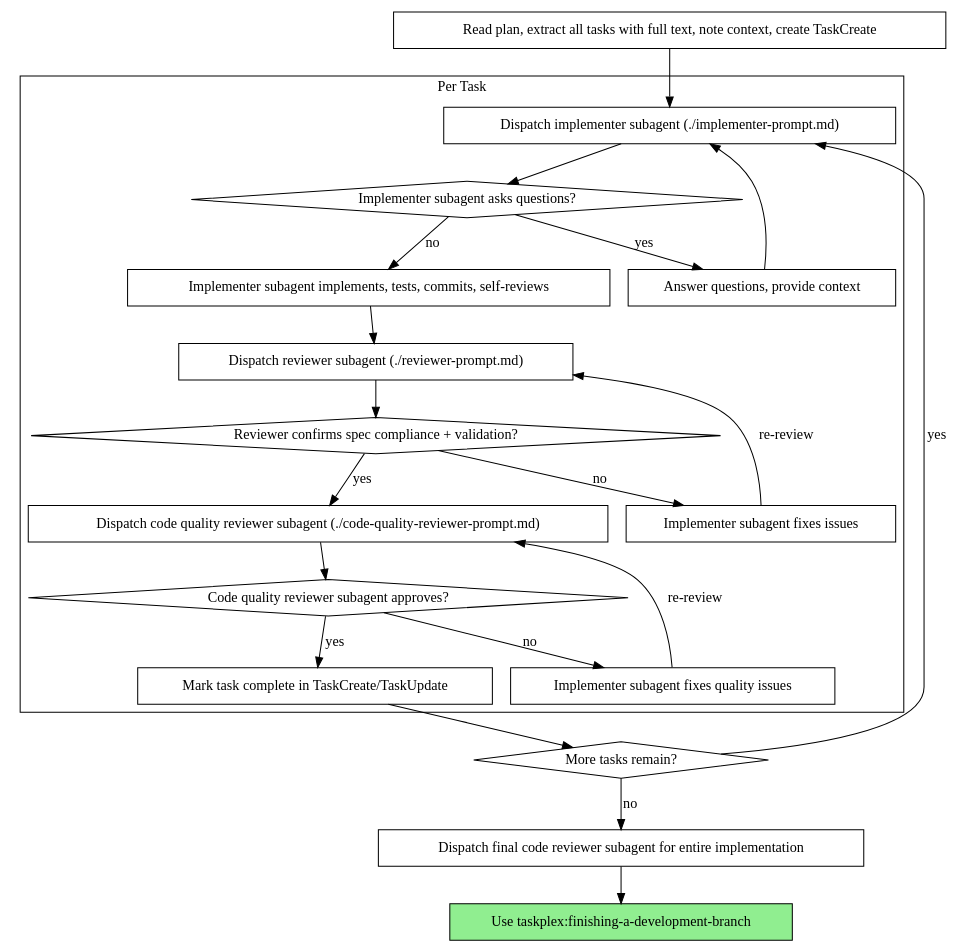
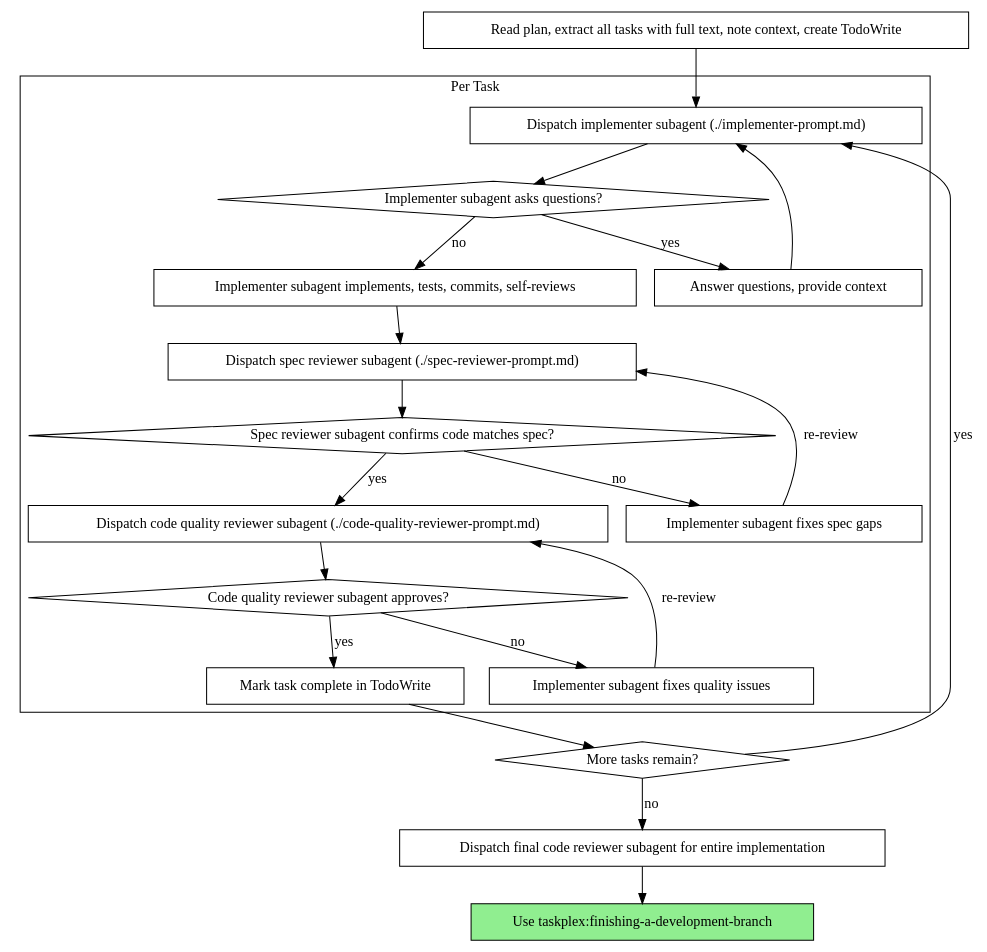
One commit to flight505/taskplex changed the second of 2 diagrams in skills/subagent-driven-development/SKILL.md. Above: the diagram before and after it, drawn with Graphviz. The commit also changed other lines of this file and 50 other files, not shown here.

````diff
--- a/skills/subagent-driven-development/SKILL.md
+++ b/skills/subagent-driven-development/SKILL.md
@@ -40,44 +40,44 @@
 ```dot
 digraph process {
     rankdir=TB;
 
     subgraph cluster_per_task {
         label="Per Task";
         "Dispatch implementer subagent (./implementer-prompt.md)" [shape=box];
         "Implementer subagent asks questions?" [shape=diamond];
         "Answer questions, provide context" [shape=box];
         "Implementer subagent implements, tests, commits, self-reviews" [shape=box];
-        "Dispatch reviewer subagent (./reviewer-prompt.md)" [shape=box];
-        "Reviewer confirms spec compliance + validation?" [shape=diamond];
-        "Implementer subagent fixes issues" [shape=box];
+        "Dispatch spec reviewer subagent (./spec-reviewer-prompt.md)" [shape=box];
+        "Spec reviewer subagent confirms code matches spec?" [shape=diamond];
+        "Implementer subagent fixes spec gaps" [shape=box];
         "Dispatch code quality reviewer subagent (./code-quality-reviewer-prompt.md)" [shape=box];
         "Code quality reviewer subagent approves?" [shape=diamond];
         "Implementer subagent fixes quality issues" [shape=box];
-        "Mark task complete in TaskCreate/TaskUpdate" [shape=box];
+        "Mark task complete in TodoWrite" [shape=box];
     }
 
-    "Read plan, extract all tasks with full text, note context, create TaskCreate" [shape=box];
+    "Read plan, extract all tasks with full text, note context, create TodoWrite" [shape=box];
     "More tasks remain?" [shape=diamond];
     "Dispatch final code reviewer subagent for entire implementation" [shape=box];
     "Use taskplex:finishing-a-development-branch" [shape=box style=filled fillcolor=lightgreen];
 
-    "Read plan, extract all tasks with full text, note context, create TaskCreate" -> "Dispatch implementer subagent (./implementer-prompt.md)";
+    "Read plan, extract all tasks with full text, note context, create TodoWrite" -> "Dispatch implementer subagent (./implementer-prompt.md)";
     "Dispatch implementer subagent (./implementer-prompt.md)" -> "Implementer subagent asks questions?";
     "Implementer subagent asks questions?" -> "Answer questions, provide context" [label="yes"];
     "Answer questions, provide context" -> "Dispatch implementer subagent (./implementer-prompt.md)";
     "Implementer subagent asks questions?" -> "Implementer subagent implements, tests, commits, self-reviews" [label="no"];
-    "Implementer subagent implements, tests, commits, self-reviews" -> "Dispatch reviewer subagent (./reviewer-prompt.md)";
-    "Dispatch reviewer subagent (./reviewer-prompt.md)" -> "Reviewer confirms spec compliance + validation?";
-    "Reviewer confirms spec compliance + validation?" -> "Implementer subagent fixes issues" [label="no"];
-    "Implementer subagent fixes issues" -> "Dispatch reviewer subagent (./reviewer-prompt.md)" [label="re-review"];
-    "Reviewer confirms spec compliance + validation?" -> "Dispatch code quality reviewer subagent (./code-quality-reviewer-prompt.md)" [label="yes"];
+    "Implementer subagent implements, tests, commits, self-reviews" -> "Dispatch spec reviewer subagent (./spec-reviewer-prompt.md)";
+    "Dispatch spec reviewer subagent (./spec-reviewer-prompt.md)" -> "Spec reviewer subagent confirms code matches spec?";
+    "Spec reviewer subagent confirms code matches spec?" -> "Implementer subagent fixes spec gaps" [label="no"];
+    "Implementer subagent fixes spec gaps" -> "Dispatch spec reviewer subagent (./spec-reviewer-prompt.md)" [label="re-review"];
+    "Spec reviewer subagent confirms code matches spec?" -> "Dispatch code quality reviewer subagent (./code-quality-reviewer-prompt.md)" [label="yes"];
     "Dispatch code quality reviewer subagent (./code-quality-reviewer-prompt.md)" -> "Code quality reviewer subagent approves?";
     "Code quality reviewer subagent approves?" -> "Implementer subagent fixes quality issues" [label="no"];
     "Implementer subagent fixes quality issues" -> "Dispatch code quality reviewer subagent (./code-quality-reviewer-prompt.md)" [label="re-review"];
-    "Code quality reviewer subagent approves?" -> "Mark task complete in TaskCreate/TaskUpdate" [label="yes"];
-    "Mark task complete in TaskCreate/TaskUpdate" -> "More tasks remain?";
+    "Code quality reviewer subagent approves?" -> "Mark task complete in TodoWrite" [label="yes"];
+    "Mark task complete in TodoWrite" -> "More tasks remain?";
     "More tasks remain?" -> "Dispatch implementer subagent (./implementer-prompt.md)" [label="yes"];
     "More tasks remain?" -> "Dispatch final code reviewer subagent for entire implementation" [label="no"];
     "Dispatch final code reviewer subagent for entire implementation" -> "Use taskplex:finishing-a-development-branch";
 }
 ```
````
